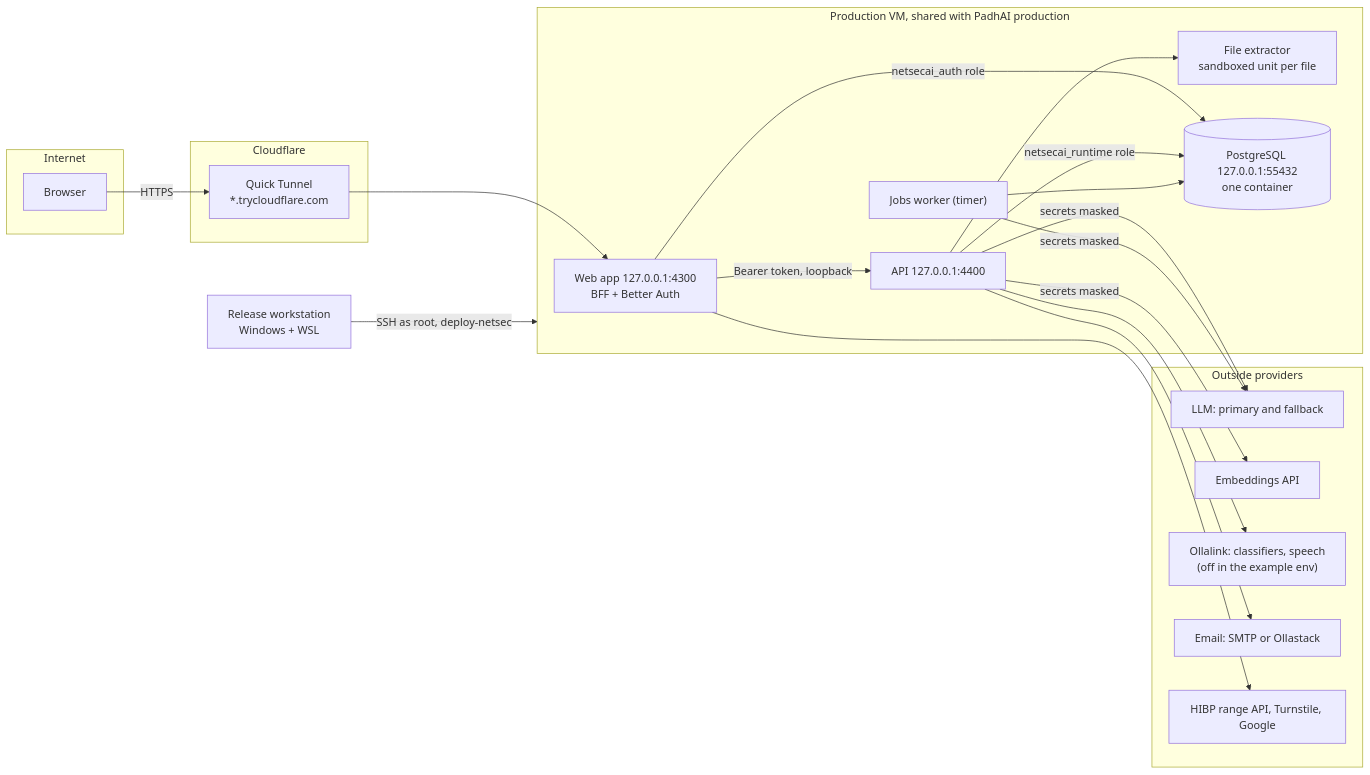
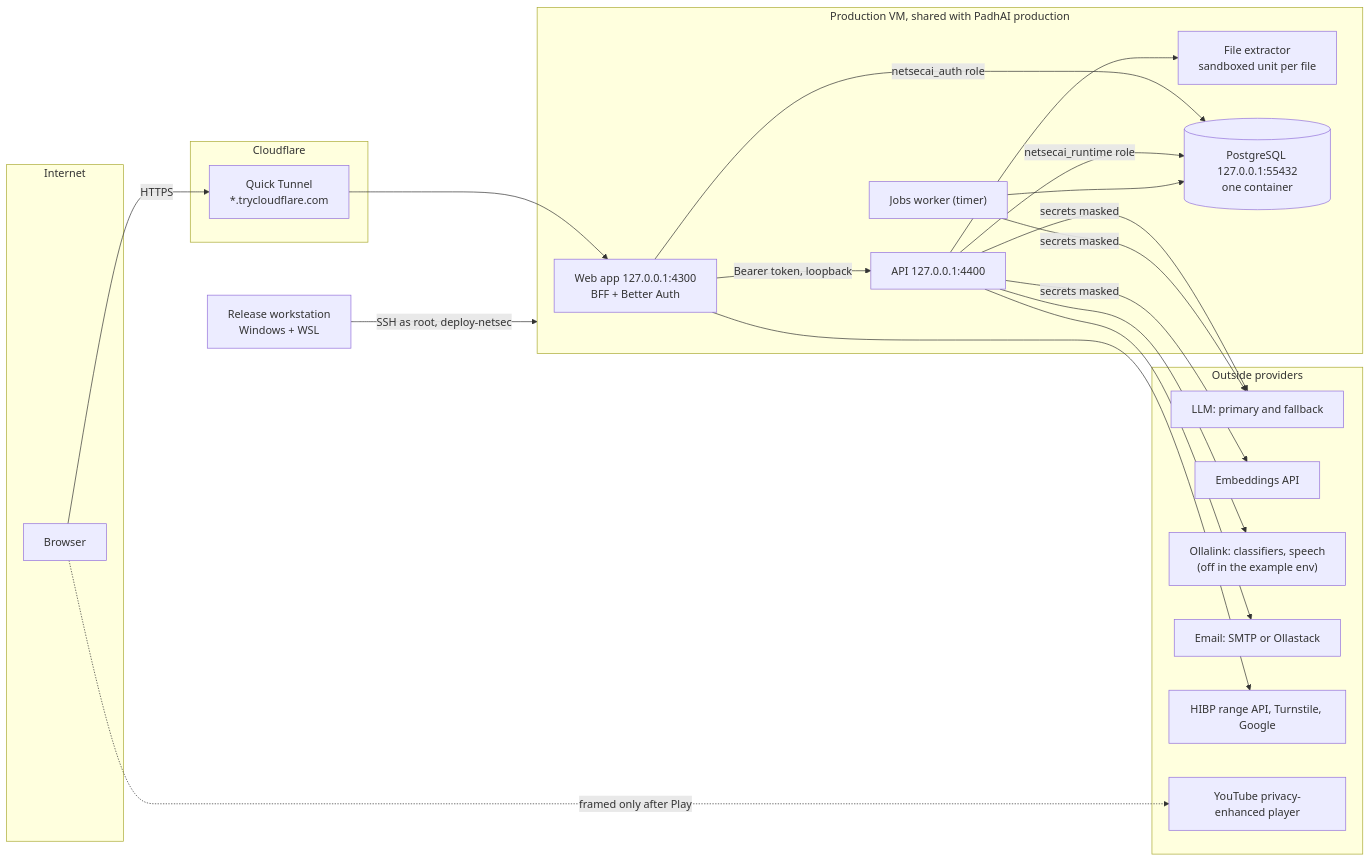
One commit to rockyNH703/AI-Tutor-NH changed the diagram in docs/security/README.md. Above: the diagram before and after it, drawn with Mermaid. The commit also changed other lines of this file and 162 other files, not shown here.

````diff
--- a/docs/security/README.md
+++ b/docs/security/README.md
@@ -37,37 +37,39 @@
 ```mermaid
 flowchart LR
   subgraph Internet
     B[Browser]
   end
   subgraph Cloudflare
     CF["Quick Tunnel<br/>*.trycloudflare.com"]
   end
   subgraph Host["Production VM, shared with PadhAI production"]
     W["Web app 127.0.0.1:4300<br/>BFF + Better Auth"]
     A["API 127.0.0.1:4400"]
     J["Jobs worker (timer)"]
     X["File extractor<br/>sandboxed unit per file"]
     P[("PostgreSQL 127.0.0.1:55432<br/>one container")]
   end
   subgraph Providers["Outside providers"]
     L["LLM: primary and fallback"]
     E[Embeddings API]
     O["Ollalink: classifiers, speech<br/>(off in the example env)"]
     M[Email: SMTP or Ollastack]
     H[HIBP range API, Turnstile, Google]
+    Y["YouTube privacy-enhanced player"]
   end
   D["Release workstation<br/>Windows + WSL"]
   B -->|HTTPS| CF --> W
   W -->|Bearer token, loopback| A
   W -->|netsecai_auth role| P
   A -->|netsecai_runtime role| P
   J --> P
   A --> X
   A -->|secrets masked| L
   A -->|secrets masked| E
   J -->|secrets masked| L
   A --> O
   A --> M
   W --> H
+  B -.->|framed only after Play| Y
   D -->|SSH as root, deploy-netsec| Host
 ```
````
